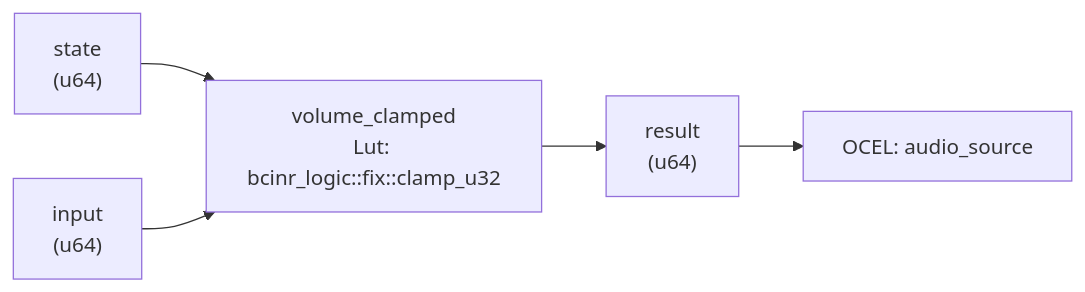
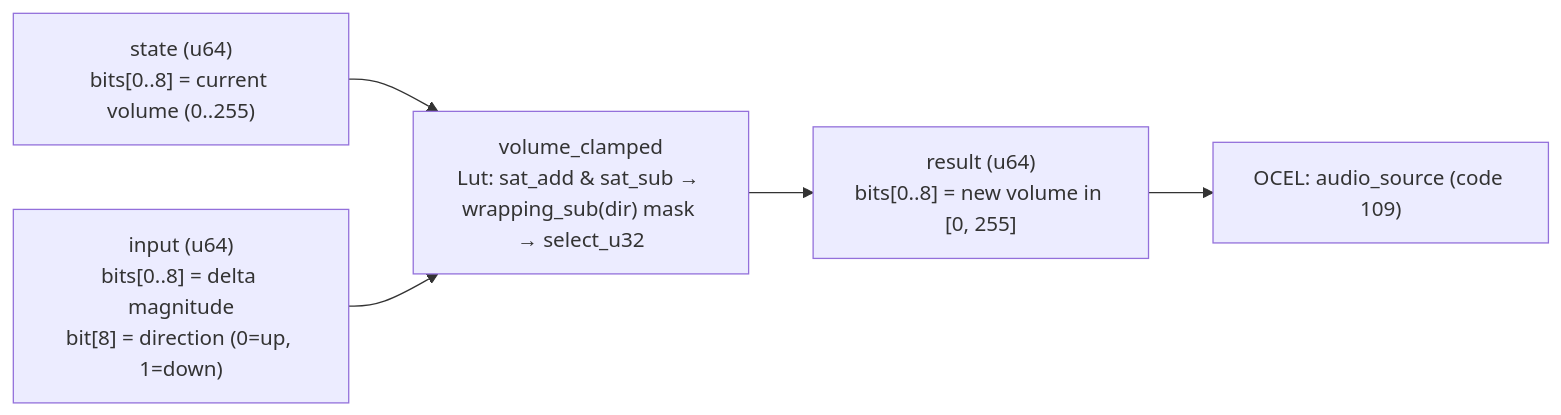
Before and after one commit to seanchatmangpt/bcinr: the diagram in crates/wasm4games/docs/patterns/volume_clamped.md, drawn with Mermaid. The commit also changed other lines of this file and 36 other files, not shown here.

````diff
--- a/crates/wasm4games/docs/patterns/volume_clamped.md
+++ b/crates/wasm4games/docs/patterns/volume_clamped.md
@@ -56,12 +38,12 @@
 ```mermaid
 graph LR
-    state["state\n(u64)"]
-    input["input\n(u64)"]
-    kernel["volume_clamped\nLut: bcinr_logic::fix::clamp_u32"]
-    result["result\n(u64)"]
+    state["state (u64)\nbits[0..8] = current volume (0..255)"]
+    input["input (u64)\nbits[0..8] = delta magnitude\nbit[8] = direction (0=up, 1=down)"]
+    kernel["volume_clamped\nLut: sat_add & sat_sub → wrapping_sub(dir) mask → select_u32"]
+    result["result (u64)\nbits[0..8] = new volume in [0, 255]"]
     state --> kernel
     input --> kernel
     kernel --> result
-    ocel_0["OCEL: audio_source"]
+    ocel_0["OCEL: audio_source (code 109)"]
     result --> ocel_0
 ```
````
